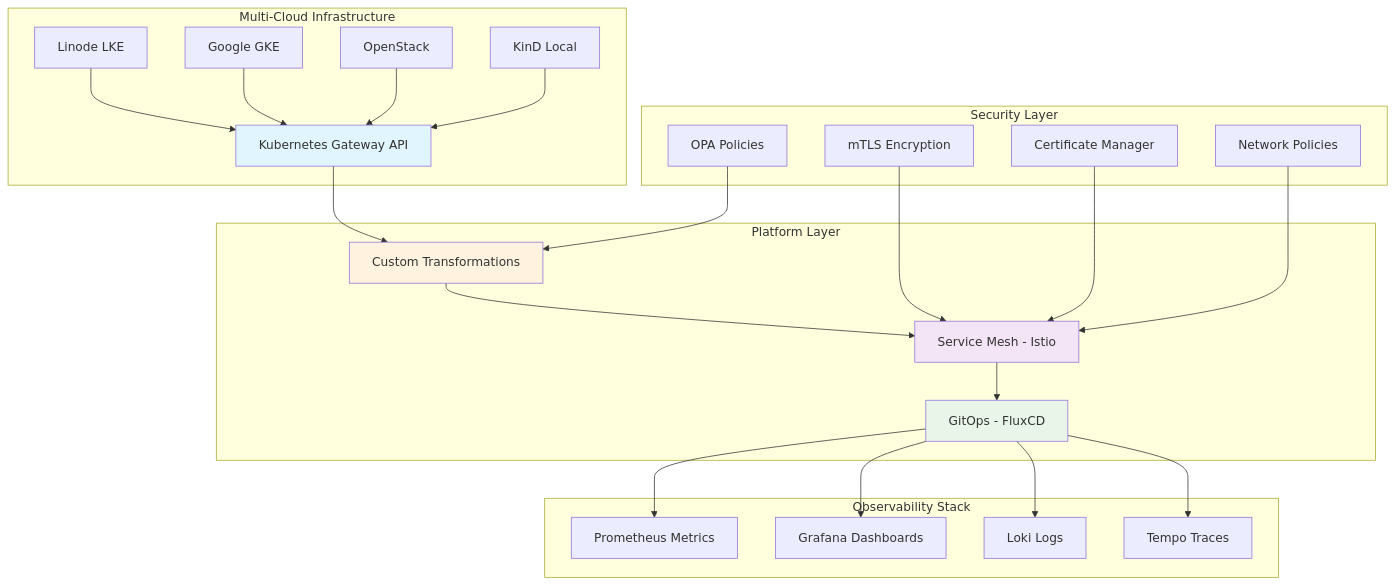
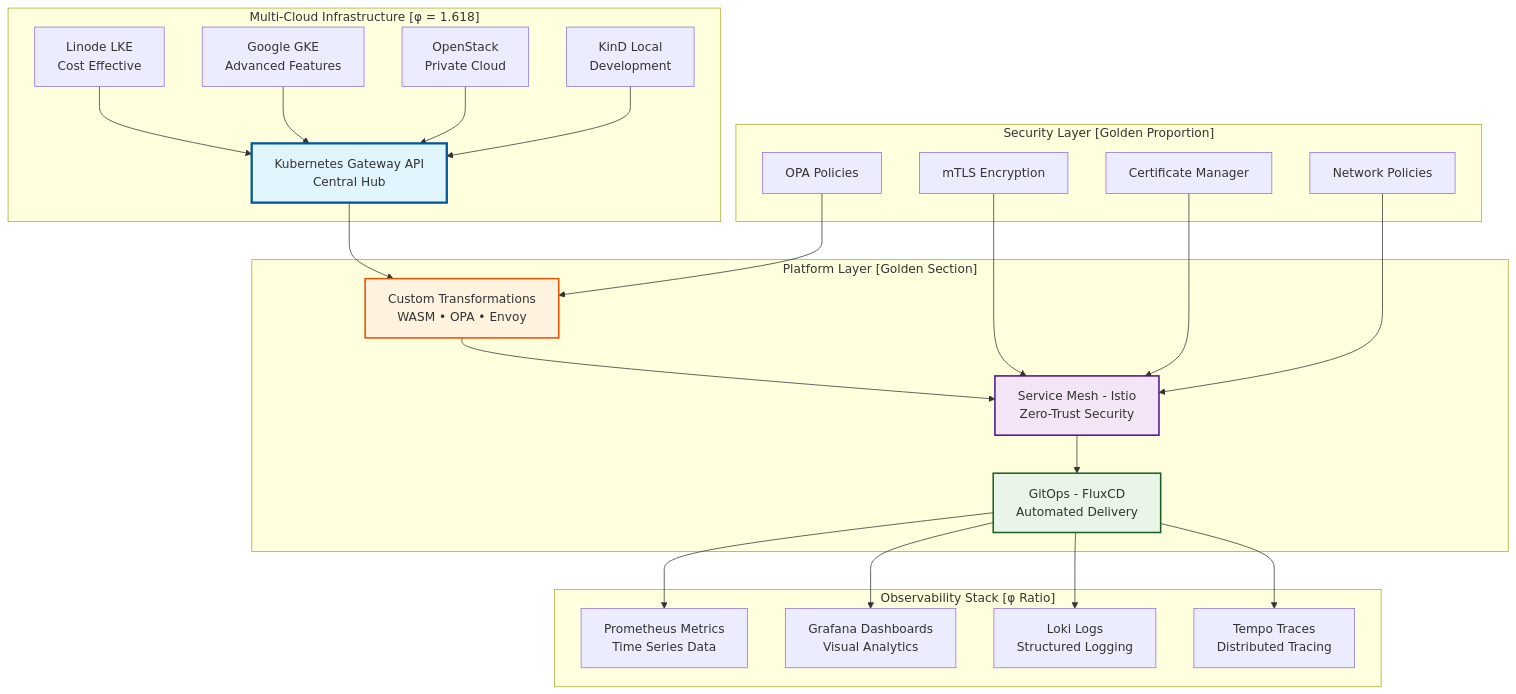
The diagram in README.md (abdoElHodaky/Iacdash-), drawn with Mermaid before and after one commit. The commit also changed other lines of this file and 2 other files, not shown here.

````diff
--- a/README.md
+++ b/README.md
@@ -33,34 +68,34 @@
 ```mermaid
 graph TB
-    subgraph "Multi-Cloud Infrastructure"
-        A[Linode LKE] --> K[Kubernetes Gateway API]
-        B[Google GKE] --> K
-        C[OpenStack] --> K
-        D[KinD Local] --> K
+    subgraph "Multi-Cloud Infrastructure [φ = 1.618]"
+        A[Linode LKE<br/>Cost Effective] --> K[Kubernetes Gateway API<br/>Central Hub]
+        B[Google GKE<br/>Advanced Features] --> K
+        C[OpenStack<br/>Private Cloud] --> K
+        D[KinD Local<br/>Development] --> K
     end
     
-    subgraph "Platform Layer"
-        K --> E[Custom Transformations]
-        E --> F[Service Mesh - Istio]
-        F --> G[GitOps - FluxCD]
+    subgraph "Platform Layer [Golden Section]"
+        K --> E[Custom Transformations<br/>WASM • OPA • Envoy]
+        E --> F[Service Mesh - Istio<br/>Zero-Trust Security]
+        F --> G[GitOps - FluxCD<br/>Automated Delivery]
     end
     
-    subgraph "Observability Stack"
-        G --> H[Prometheus Metrics]
-        G --> I[Grafana Dashboards]
-        G --> J[Loki Logs]
-        G --> L[Tempo Traces]
+    subgraph "Observability Stack [φ Ratio]"
+        G --> H[Prometheus Metrics<br/>Time Series Data]
+        G --> I[Grafana Dashboards<br/>Visual Analytics]
+        G --> J[Loki Logs<br/>Structured Logging]
+        G --> L[Tempo Traces<br/>Distributed Tracing]
     end
     
-    subgraph "Security Layer"
+    subgraph "Security Layer [Golden Proportion]"
         M[mTLS Encryption] --> F
         N[Certificate Manager] --> F
         O[OPA Policies] --> E
         P[Network Policies] --> F
     end
     
-    style K fill:#e1f5fe
-    style F fill:#f3e5f5
-    style G fill:#e8f5e8
-    style E fill:#fff3e0
+    style K fill:#e1f5fe,stroke:#01579b,stroke-width:3px
+    style F fill:#f3e5f5,stroke:#4a148c,stroke-width:2px
+    style G fill:#e8f5e8,stroke:#1b5e20,stroke-width:2px
+    style E fill:#fff3e0,stroke:#e65100,stroke-width:2px
 ```
````
